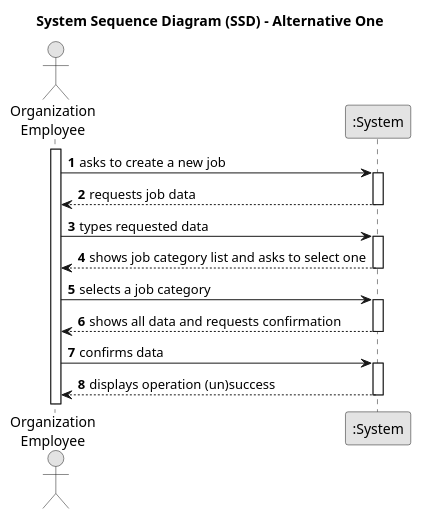
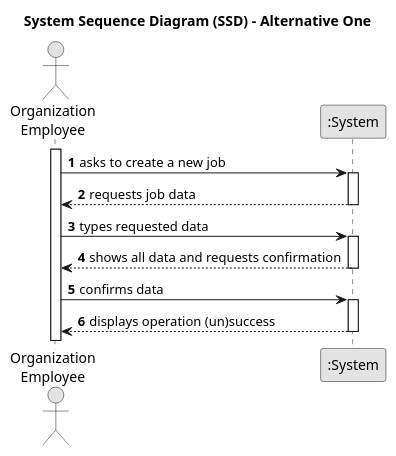
Before and after one commit to Rui-San/LAPR2_2023_2024: the diagram in docs/sprintA/us002/01.requirements-engineering/puml/us002-system-sequence-diagram-alternative-one.puml, drawn with PlantUML. The commit also changed 87 other files, not shown here.

```diff
--- a/docs/sprintA/us002/01.requirements-engineering/puml/us002-system-sequence-diagram-alternative-one.puml
+++ b/docs/sprintA/us002/01.requirements-engineering/puml/us002-system-sequence-diagram-alternative-one.puml
@@ -1,39 +1,33 @@
-@startuml
+    @startuml
 skinparam monochrome true
 skinparam packageStyle rectangle
 skinparam shadowing false
 
 title System Sequence Diagram (SSD) - Alternative One
 
 autonumber
 
 actor "Organization\nEmployee" as Employee
 participant ":System" as System
 
 activate Employee
 
     Employee -> System : asks to create a new job
     activate System
 
         System --> Employee : requests job data
     deactivate System
 
     Employee -> System : types requested data
     activate System
 
-        System --> Employee : shows job category list and asks to select one
-    deactivate System
-
-    Employee -> System : selects a job category
-    activate System
-
         System --> Employee : shows all data and requests confirmation
     deactivate System
 
     Employee -> System : confirms data
     activate System
 
         System --> Employee : displays operation (un)success
     deactivate System
 
 @enduml
```
